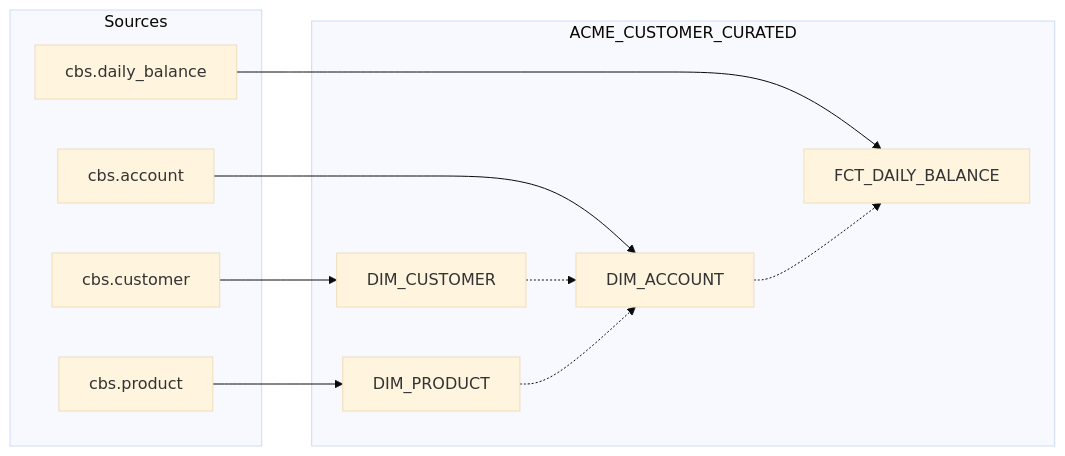
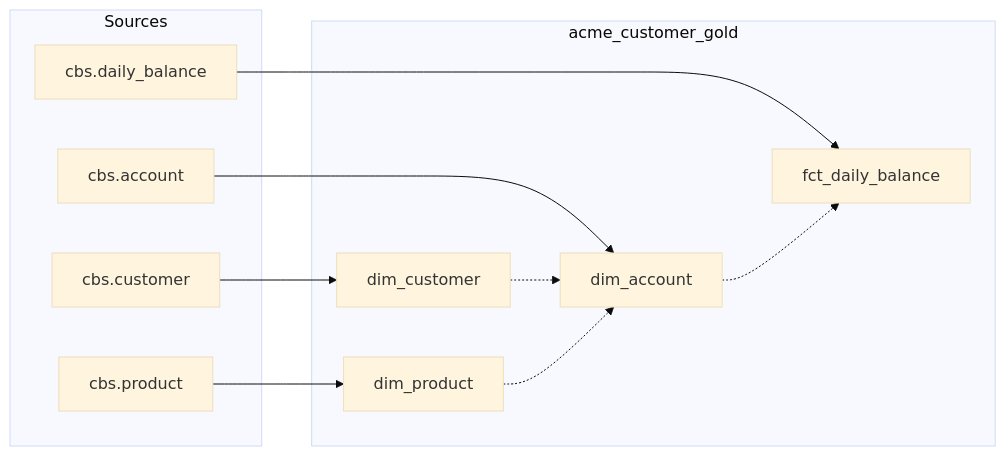
The diagram in demo-data/financial-services/lineage/fs-deposit-balances.lineage.mmd (CloudKatasani/Agentic-Data-Engineering-Framework), drawn with Mermaid (base theme) before and after one commit. The commit also changed 92 other files, not shown here.

First line of the commit message:
Medallion architecture: source DB to open-table lake to analytics, executed for real

```diff
--- a/demo-data/financial-services/lineage/fs-deposit-balances.lineage.mmd
+++ b/demo-data/financial-services/lineage/fs-deposit-balances.lineage.mmd
@@ -1,20 +1,20 @@
 flowchart LR
   subgraph Sources
     n0["cbs.account"]
     n1["cbs.customer"]
     n2["cbs.daily_balance"]
     n3["cbs.product"]
   end
-  subgraph Data_product["ACME_CUSTOMER_CURATED"]
-    n4["DIM_ACCOUNT"]
-    n5["DIM_CUSTOMER"]
-    n6["DIM_PRODUCT"]
-    n7["FCT_DAILY_BALANCE"]
+  subgraph Data_product["acme_customer_gold"]
+    n4["dim_account"]
+    n5["dim_customer"]
+    n6["dim_product"]
+    n7["fct_daily_balance"]
   end
   n0 --> n4
   n1 --> n5
   n2 --> n7
   n3 --> n6
   n5 -.-> n4
   n6 -.-> n4
   n4 -.-> n7
```
